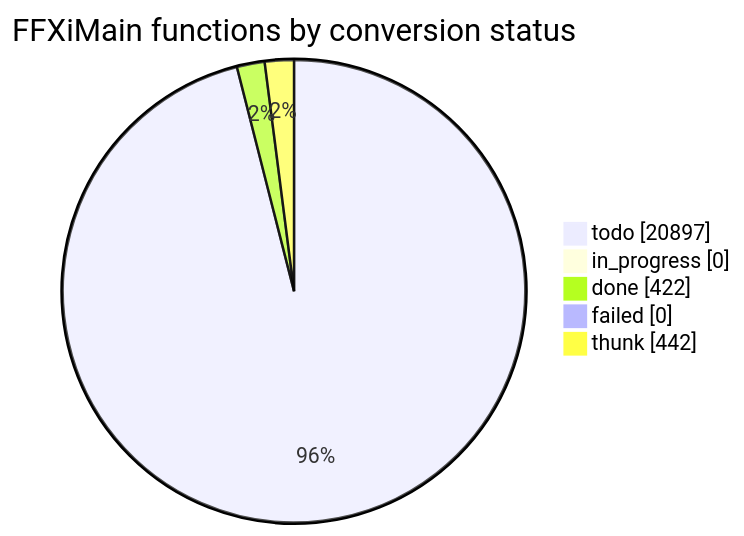
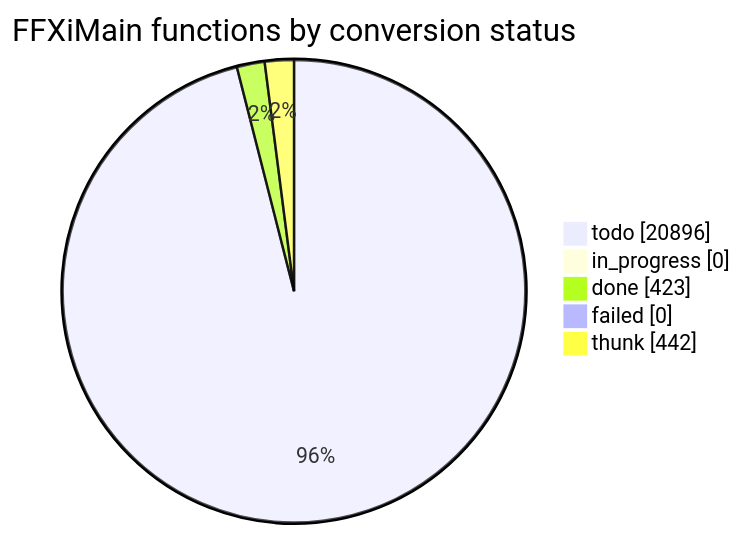
Before and after one commit to cowrevenge/cow_kuluu_xi_anything: the diagram in docs/cow/STATUS.md, drawn with Mermaid. The commit also changed other lines of this file and 9 other files, not shown here.

````diff
--- a/docs/cow/STATUS.md
+++ b/docs/cow/STATUS.md
@@ -18,9 +18,9 @@
 ```mermaid
 pie showData
     title FFXiMain functions by conversion status
-    "todo" : 20897
+    "todo" : 20896
     "in_progress" : 0
-    "done" : 422
+    "done" : 423
     "failed" : 0
     "thunk" : 442
 ```
````
